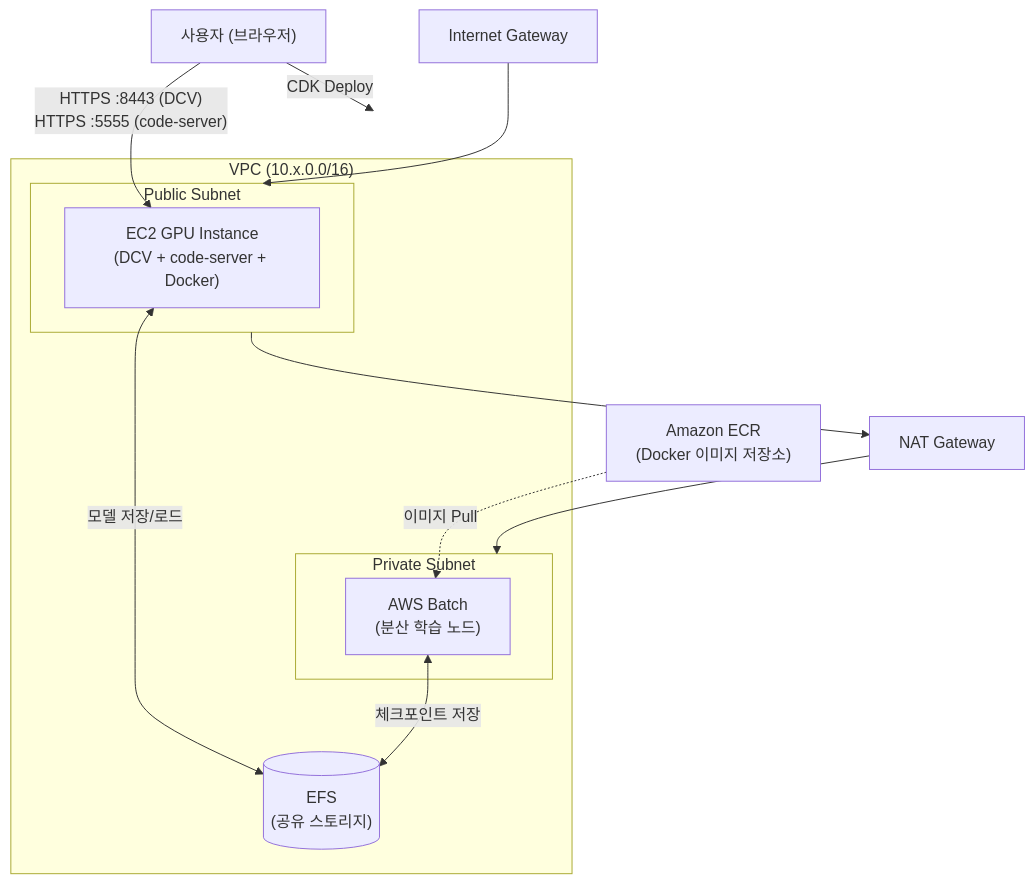
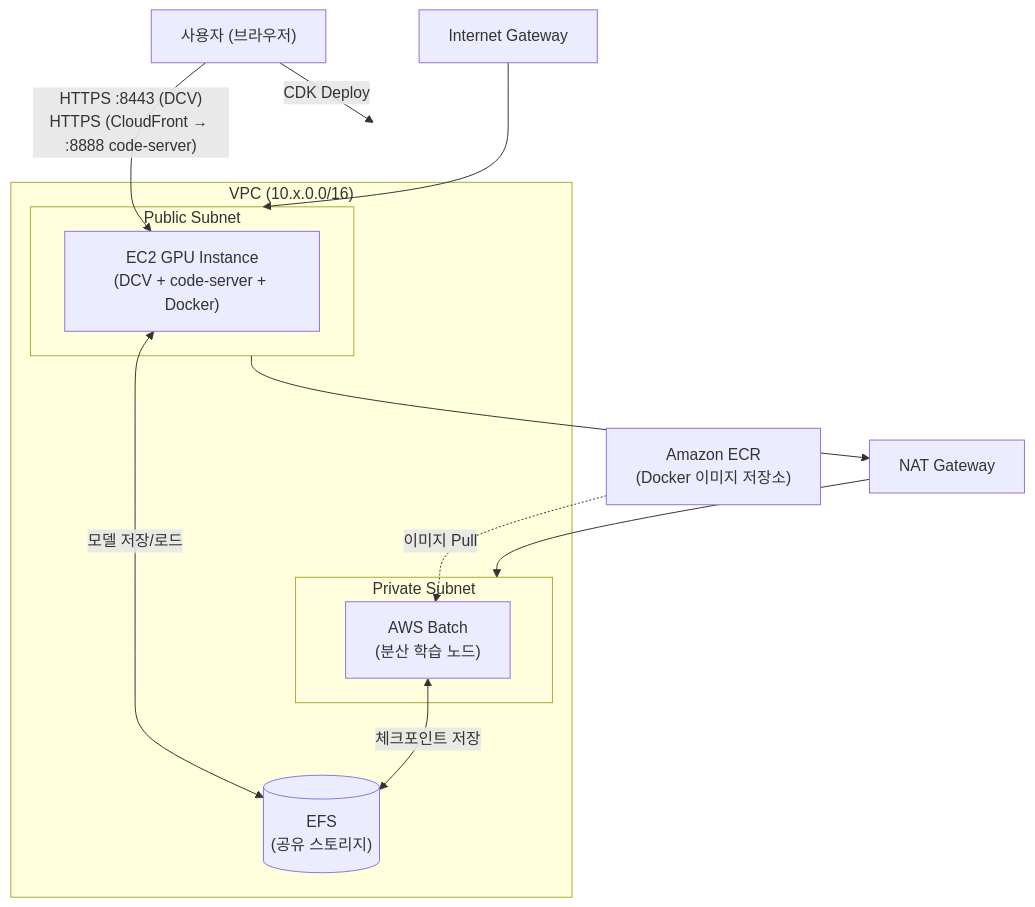
One commit to seokjushin/physical-ai-aws-docs changed the diagram in guide/e2e-workshop/1.-isaaclab-infra-setup.md. Above: the diagram before and after it, drawn with Mermaid. The commit also changed other lines of this file and 1 other file, not shown here.

Commit message:
fix(guide): code-server 접속 포트 오류 수정 (5555 → CloudFront)
code-server는 8888 포트로 CloudFront 경유 접속이며, 5555는 GR00T ZMQ
inference server 포트. 가이드에서 혼동 있던 부분 수정.
- 1.-isaaclab-infra-setup.md: 다이어그램 및 접속 URL 수정
- 9.-edge-operation.md: 접속 안내 수정 + inference 결과 확인 참고 추가

````diff
--- a/guide/e2e-workshop/1.-isaaclab-infra-setup.md
+++ b/guide/e2e-workshop/1.-isaaclab-infra-setup.md
@@ -79,22 +79,22 @@
 ```mermaid
 flowchart TB
-    User["사용자 (브라우저)"] -->|"HTTPS :8443 (DCV)\nHTTPS :5555 (code-server)"| EC2
+    User["사용자 (브라우저)"] -->|"HTTPS :8443 (DCV)\nHTTPS (CloudFront → :8888 code-server)"| EC2
 
     subgraph VPC["VPC (10.x.0.0/16)"]
         subgraph Public["Public Subnet"]
             EC2["EC2 GPU Instance\n(DCV + code-server + Docker)"]
         end
         subgraph Private["Private Subnet"]
             Batch["AWS Batch\n(분산 학습 노드)"]
         end
         EFS[("EFS\n(공유 스토리지)")]
         EC2 <-->|"모델 저장/로드"| EFS
         Batch <-->|"체크포인트 저장"| EFS
     end
 
     IGW["Internet Gateway"] --> Public
     Public --> NAT["NAT Gateway"]
     NAT --> Private
     ECR["Amazon ECR\n(Docker 이미지 저장소)"] -.->|"이미지 Pull"| Batch
     User -->|"CDK Deploy"| VPC
 ```
````
